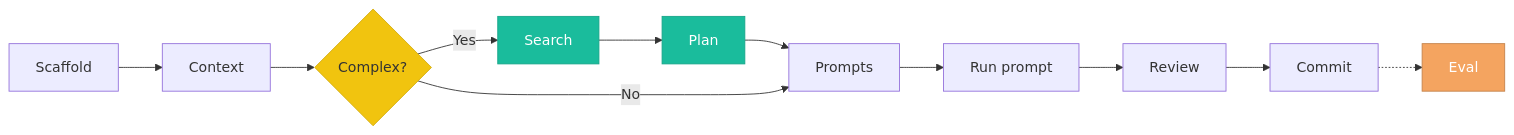
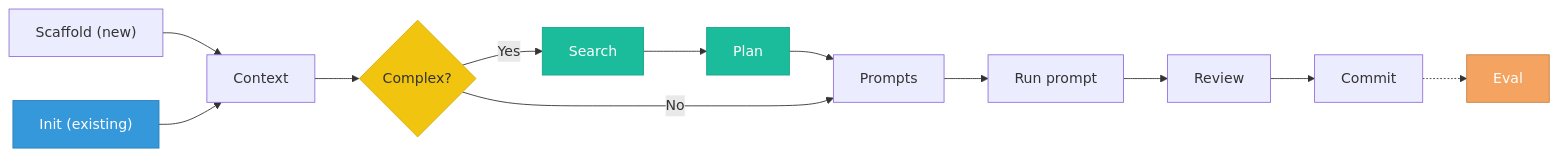
The diagram in README.md (harshal2802/pdd-skill), drawn with Mermaid before and after one commit. The commit also changed other lines of this file and 5 other files, not shown here.

First line of the commit message:
Add pdd-init workflow for initializing PDD in existing projects

````diff
--- a/README.md
+++ b/README.md
@@ -91,16 +92,18 @@
 ```mermaid
 flowchart LR
-    A["Scaffold"] --> B["Context"]
+    A["Scaffold (new)"] --> B["Context"]
+    A2["Init (existing)"] --> B
     B --> S{Complex?}
     S -- Yes --> C["Search"] --> D["Plan"] --> E
     S -- No --> E["Prompts"]
     E --> F["Run prompt"]
     F --> G["Review"]
     G --> H["Commit"]
     H -.-> I["Eval"]
 
+    style A2 fill:#3498db,stroke:#2980b9,color:#fff
     style S fill:#f1c40f,stroke:#d4ac0d,color:#333
     style C fill:#1abc9c,stroke:#17a589,color:#fff
     style D fill:#1abc9c,stroke:#17a589,color:#fff
     style I fill:#f4a460,stroke:#c4824a,color:#fff
 ```
````
